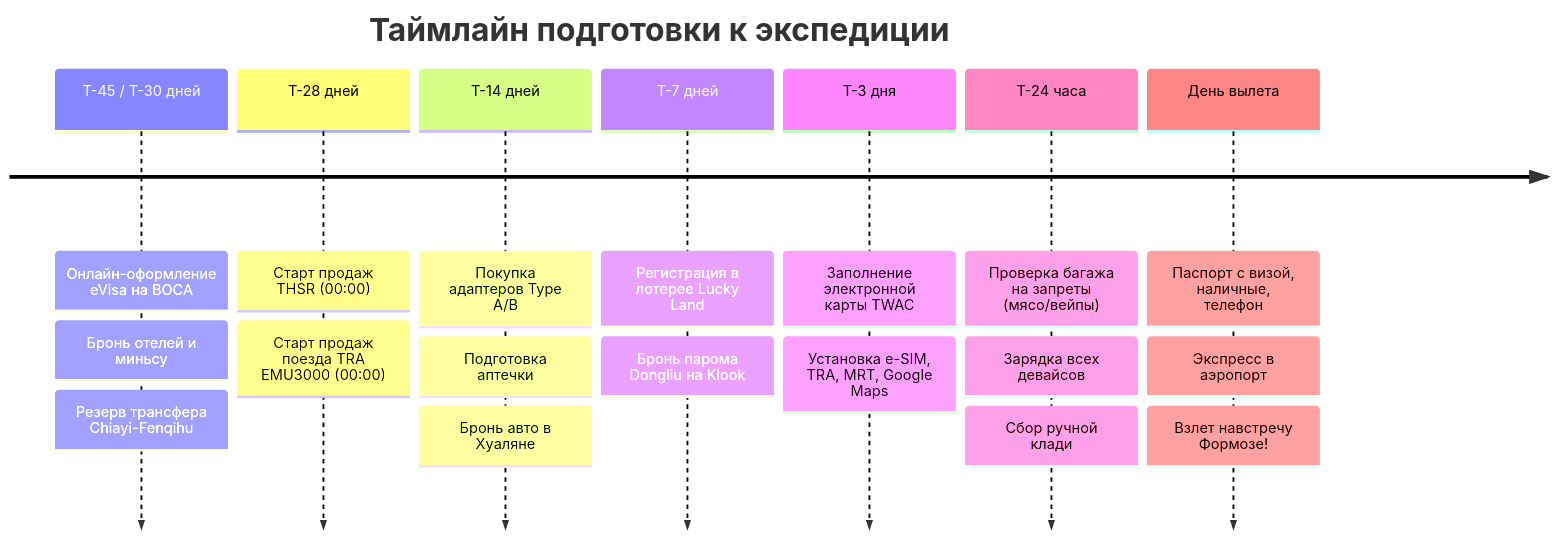
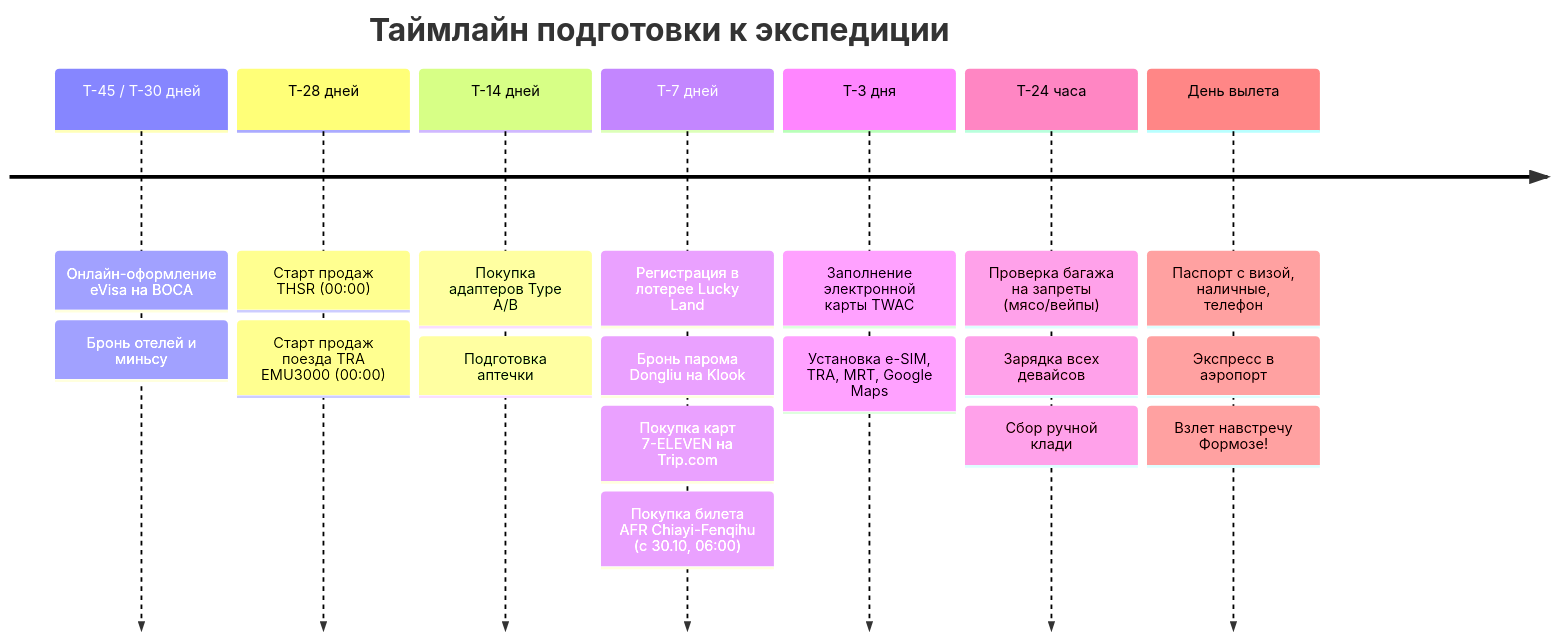
One commit to injurka/obsidian-mark changed the second of 2 diagrams in Personal Note/Travel/-- Taiwan/06 - Чек лист/Чек-лист подготовки и сборов.md. Above: the diagram before and after it, drawn with Mermaid. The commit also changed other lines of this file and 15 other files, not shown here.

````diff
--- a/Personal Note/Travel/-- Taiwan/06 - Чек лист/Чек-лист подготовки и сборов.md
+++ b/Personal Note/Travel/-- Taiwan/06 - Чек лист/Чек-лист подготовки и сборов.md
@@ -205,11 +186,11 @@
 ```mermaid
 timeline
     title Таймлайн подготовки к экспедиции
-    T-45 / T-30 дней : Онлайн-оформление eVisa на BOCA : Бронь отелей и миньсу : Резерв трансфера Chiayi-Fenqihu
+    T-45 / T-30 дней : Онлайн-оформление eVisa на BOCA : Бронь отелей и миньсу
     T-28 дней : Старт продаж THSR (00:00) : Старт продаж поезда TRA EMU3000 (00:00)
-    T-14 дней : Покупка адаптеров Type A/B : Подготовка аптечки : Бронь авто в Хуаляне
-    T-7 дней : Регистрация в лотерее Lucky Land : Бронь парома Dongliu на Klook
+    T-14 дней : Покупка адаптеров Type A/B : Подготовка аптечки
+    T-7 дней : Регистрация в лотерее Lucky Land : Бронь парома Dongliu на Klook : Покупка карт 7-ELEVEN на Trip.com : Покупка билета AFR Chiayi-Fenqihu (с 30.10, 06:00)
     T-3 дня : Заполнение электронной карты TWAC : Установка e-SIM, TRA, MRT, Google Maps
     T-24 часа : Проверка багажа на запреты (мясо/вейпы) : Зарядка всех девайсов : Сбор ручной клади
     День вылета : Паспорт с визой, наличные, телефон : Экспресс в аэропорт : Взлет навстречу Формозе!
 ```
````
